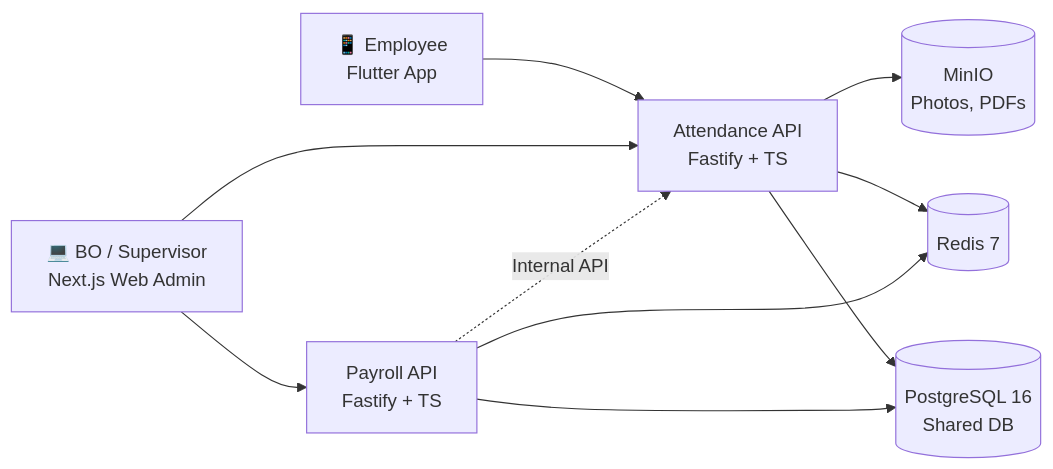
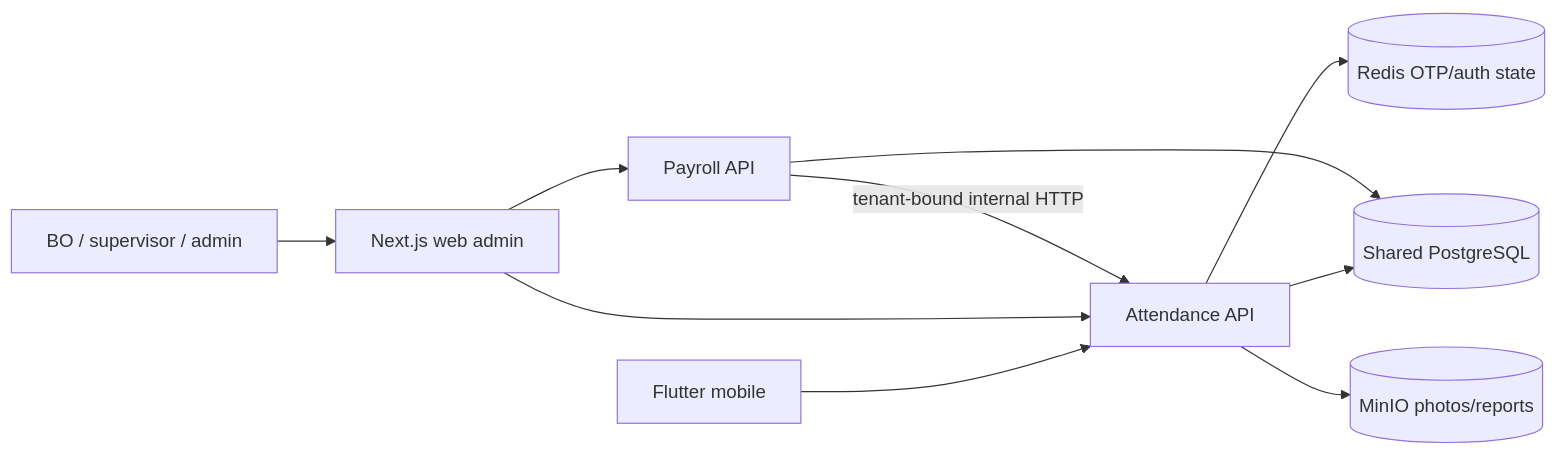
The diagram in 3-technical/3.1-system-foundation/architecture/system-overview.md (hungtrandigital/AKAIOS), drawn with Mermaid before and after one commit. The commit also changed other lines of this file and 182 other files, not shown here.

````diff
--- a/3-technical/3.1-system-foundation/architecture/system-overview.md
+++ b/3-technical/3.1-system-foundation/architecture/system-overview.md
@@ -16,12 +13,12 @@
 ```mermaid
-graph LR
-    Employee[📱 Employee<br/>Flutter App] --> AttendanceAPI[Attendance API<br/>Fastify + TS]
-    BO[💻 BO / Supervisor<br/>Next.js Web Admin] --> AttendanceAPI
-    BO --> PayrollAPI[Payroll API<br/>Fastify + TS]
-    AttendanceAPI --> Postgres[(PostgreSQL 16<br/>Shared DB)]
-    PayrollAPI --> Postgres
-    AttendanceAPI --> Redis[(Redis 7)]
-    PayrollAPI --> Redis
-    AttendanceAPI --> MinIO[(MinIO<br/>Photos, PDFs)]
-    PayrollAPI -.Internal API.-> AttendanceAPI
+flowchart LR
+    Mobile[Flutter mobile] --> Attendance[Attendance API]
+    BO[BO / supervisor / admin] --> Web[Next.js web admin]
+    Web --> Attendance
+    Web --> Payroll[Payroll API]
+    Payroll -->|tenant-bound internal HTTP| Attendance
+    Attendance --> PG[(Shared PostgreSQL)]
+    Payroll --> PG
+    Attendance --> Redis[(Redis OTP/auth state)]
+    Attendance --> MinIO[(MinIO photos/reports)]
 ```
````
